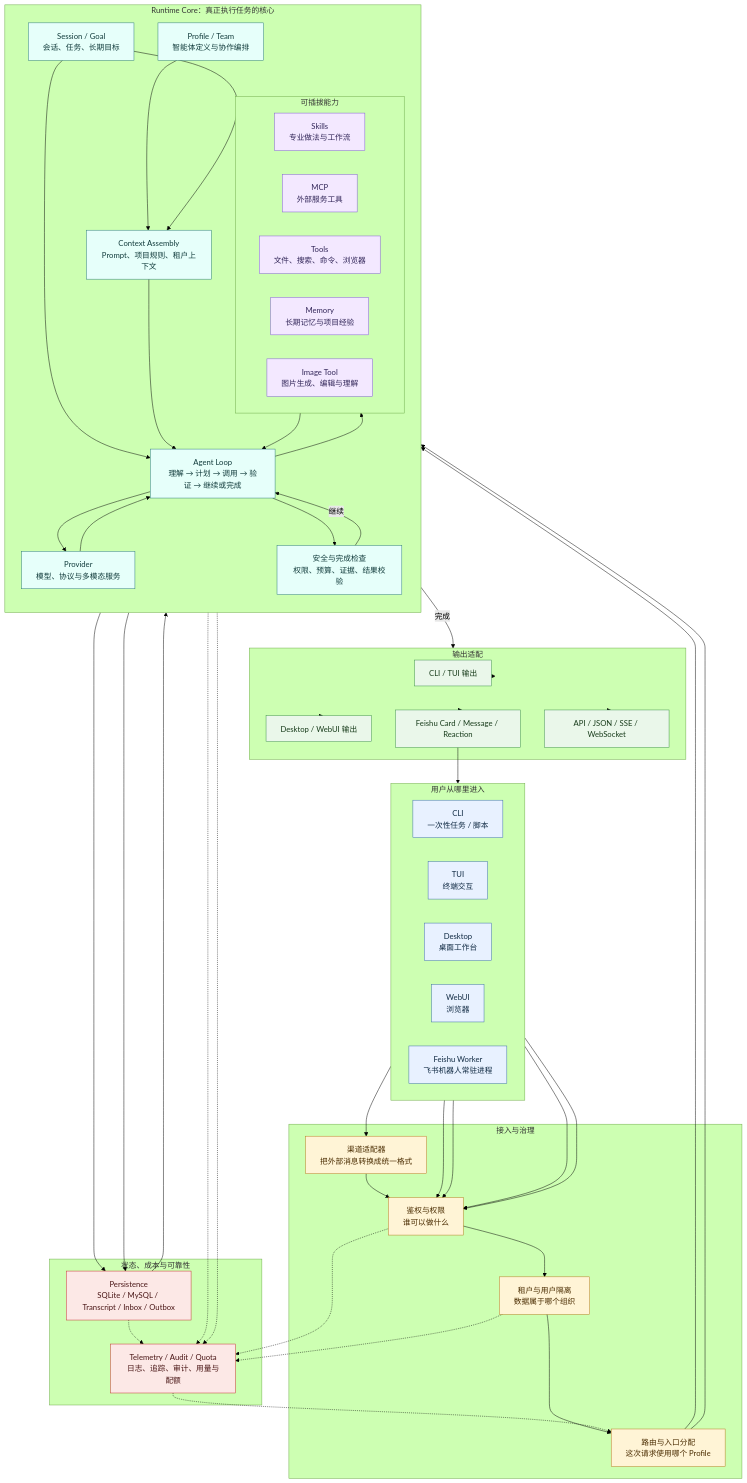
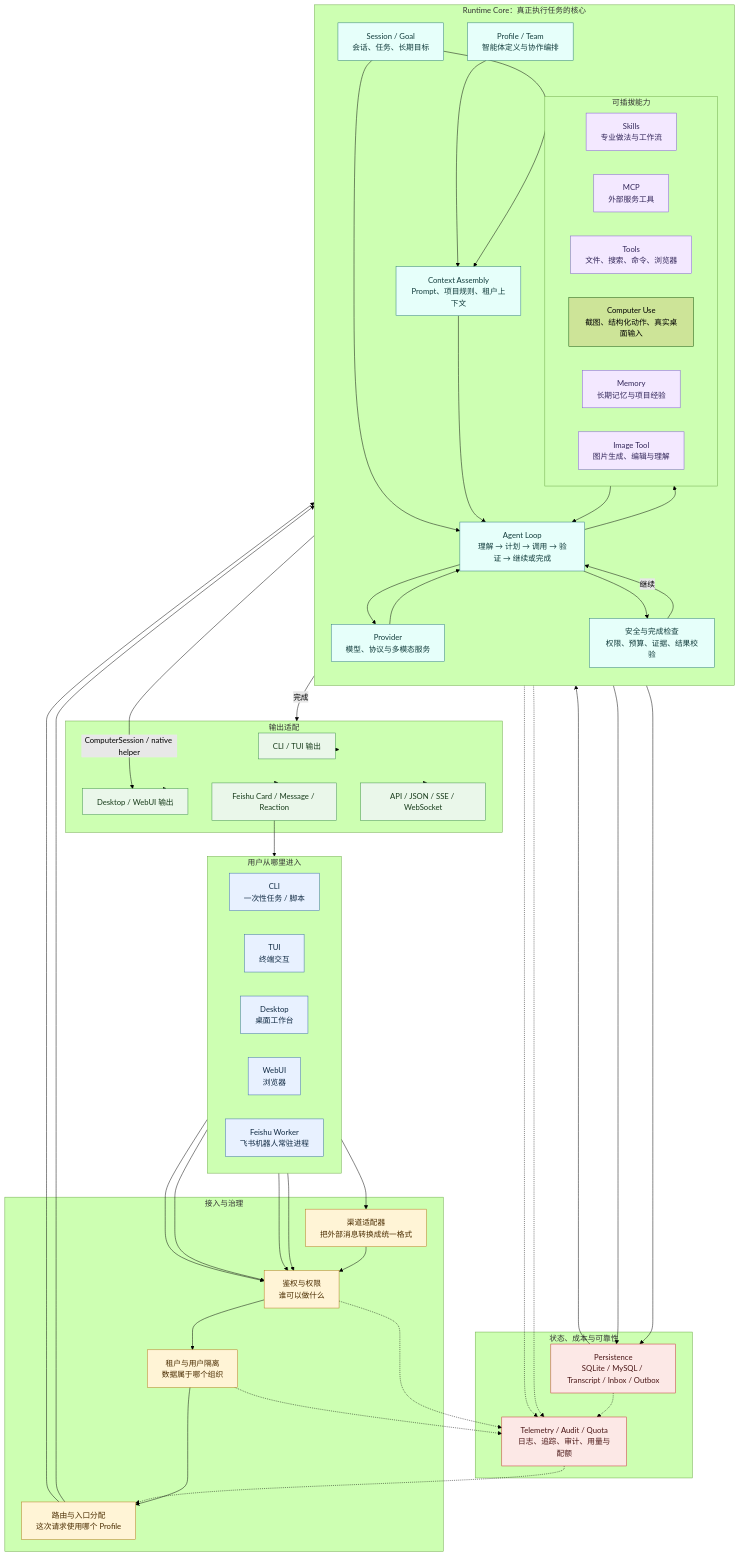
One commit to konglong87/go-e2e changed the diagram in diagrams/agent-platform-architecture.mmd. Above: the diagram before and after it, drawn with Mermaid (forest theme). The commit also changed 5 other files, not shown here.

```diff
--- a/diagrams/agent-platform-architecture.mmd
+++ b/diagrams/agent-platform-architecture.mmd
@@ -1,101 +1,103 @@
 flowchart TB
   subgraph CHANNELS["用户从哪里进入"]
     direction LR
     CLI["CLI<br/>一次性任务 / 脚本"]
     TUI["TUI<br/>终端交互"]
     DESKTOP["Desktop<br/>桌面工作台"]
     WEB["WebUI<br/>浏览器"]
     FEISHU["Feishu Worker<br/>飞书机器人常驻进程"]
   end
 
   subgraph ACCESS["接入与治理"]
     AUTH["鉴权与权限<br/>谁可以做什么"]
     TENANT["租户与用户隔离<br/>数据属于哪个组织"]
     ROUTE["路由与入口分配<br/>这次请求使用哪个 Profile"]
     ADAPTER["渠道适配器<br/>把外部消息转换成统一格式"]
   end
 
   subgraph CORE["Runtime Core：真正执行任务的核心"]
     direction TB
     SESSION["Session / Goal<br/>会话、任务、长期目标"]
     PROFILE["Profile / Team<br/>智能体定义与协作编排"]
     LOOP["Agent Loop<br/>理解 → 计划 → 调用 → 验证 → 继续或完成"]
     CONTEXT["Context Assembly<br/>Prompt、项目规则、租户上下文"]
 
     subgraph CAPABILITIES["可插拔能力"]
       direction LR
       SKILLS["Skills<br/>专业做法与工作流"]
       MCP["MCP<br/>外部服务工具"]
       TOOLS["Tools<br/>文件、搜索、命令、浏览器"]
+      COMPUTER["Computer Use<br/>截图、结构化动作、真实桌面输入"]
       MEMORY["Memory<br/>长期记忆与项目经验"]
       IMAGE["Image Tool<br/>图片生成、编辑与理解"]
     end
 
     PROVIDER["Provider<br/>模型、协议与多模态服务"]
     GATE["安全与完成检查<br/>权限、预算、证据、结果校验"]
   end
 
   subgraph STATE["状态、成本与可靠性"]
     PERSIST["Persistence<br/>SQLite / MySQL / Transcript / Inbox / Outbox"]
     OBSERVE["Telemetry / Audit / Quota<br/>日志、追踪、审计、用量与配额"]
   end
 
   subgraph OUTPUTS["输出适配"]
     OUT_CLI["CLI / TUI 输出"]
     OUT_DESKTOP["Desktop / WebUI 输出"]
     OUT_FEISHU["Feishu Card / Message / Reaction"]
     OUT_API["API / JSON / SSE / WebSocket"]
   end
 
   CLI --> AUTH
   TUI --> AUTH
   DESKTOP --> AUTH
   WEB --> AUTH
   FEISHU --> ADAPTER
   ADAPTER --> AUTH
   AUTH --> TENANT
   TENANT --> ROUTE
   ROUTE --> SESSION
   ROUTE --> PROFILE
 
   SESSION --> LOOP
   PROFILE --> CONTEXT
   SESSION --> CONTEXT
   CONTEXT --> LOOP
   LOOP --> PROVIDER
   PROVIDER --> LOOP
   LOOP --> GATE
   GATE -->|继续| LOOP
   GATE -->|完成| OUTPUTS
   LOOP --> CAPABILITIES
   CAPABILITIES --> LOOP
+  COMPUTER -->|ComputerSession / native helper| OUT_DESKTOP
 
   SESSION --> PERSIST
   LOOP --> PERSIST
   PERSIST --> SESSION
   AUTH -.-> OBSERVE
   TENANT -.-> OBSERVE
   LOOP -.-> OBSERVE
   GATE -.-> OBSERVE
   PERSIST -.-> OBSERVE
   OBSERVE -.-> ROUTE
 
   OUTPUTS --> OUT_CLI
   OUTPUTS --> OUT_DESKTOP
   OUTPUTS --> OUT_FEISHU
   OUTPUTS --> OUT_API
   OUT_FEISHU --> FEISHU
 
   classDef channel fill:#E8F1FF,stroke:#3B6EA8,color:#102A43
   classDef access fill:#FFF4D6,stroke:#B7791F,color:#4A2C00
   classDef core fill:#E6FFFA,stroke:#2C7A7B,color:#123C3C
   classDef capability fill:#F3E8FF,stroke:#805AD5,color:#322659
   classDef state fill:#FCE8E6,stroke:#C53030,color:#4A1616
   classDef output fill:#EAF7EA,stroke:#3F8F4B,color:#173B1A
 
   class CLI,TUI,DESKTOP,WEB,FEISHU channel
   class AUTH,TENANT,ROUTE,ADAPTER access
   class SESSION,PROFILE,LOOP,CONTEXT,PROVIDER,GATE core
   class SKILLS,MCP,TOOLS,MEMORY,IMAGE capability
   class PERSIST,OBSERVE state
   class OUT_CLI,OUT_DESKTOP,OUT_FEISHU,OUT_API output
```
